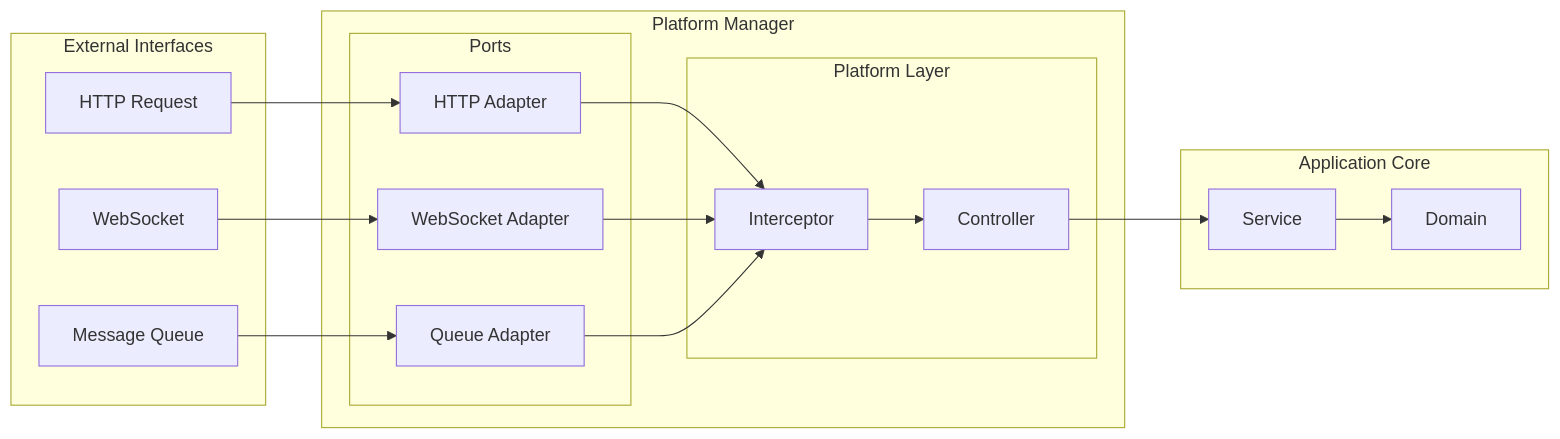
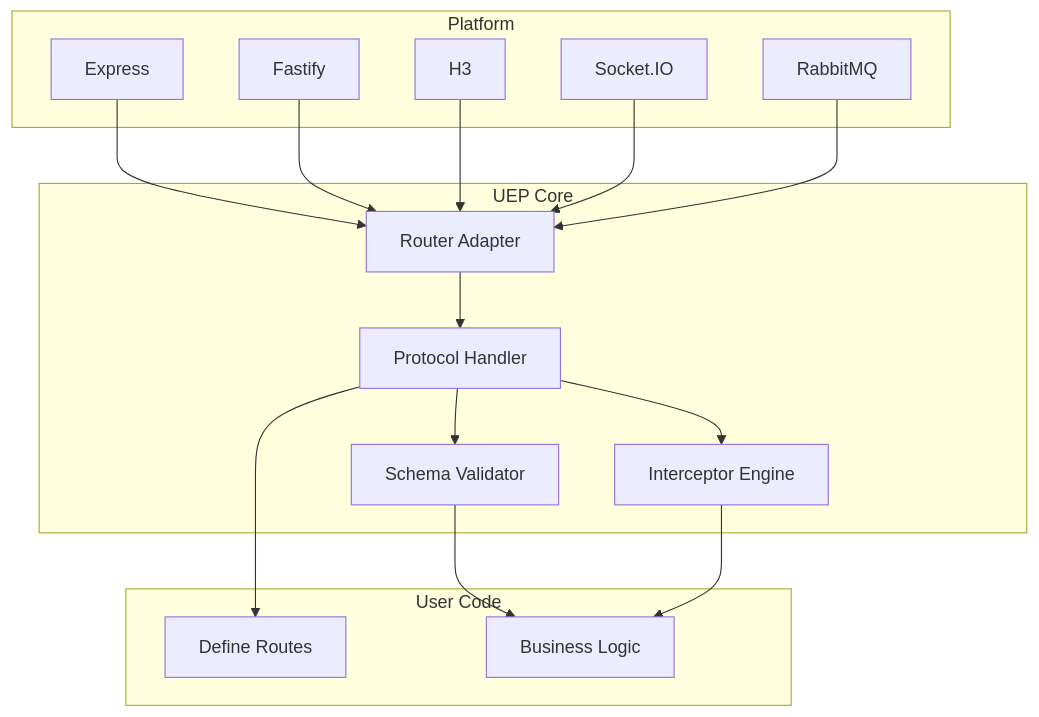
The diagram in README.md (albasyir/hexagonal-platform-manager), drawn with Mermaid before and after one commit. The commit also changed other lines of this file and 39 other files, not shown here.

````diff
--- a/README.md
+++ b/README.md
@@ -31,43 +51,36 @@
 ```mermaid
-graph LR
-    subgraph "External Interfaces"
-        HTTP[HTTP Request]
-        WS[WebSocket]
-        MQ[Message Queue]
-    end
+flowchart TD
+  subgraph Platform
+    A1[Express]
+    A2[Fastify]
+    A3[H3]
+    A4[Socket.IO]
+    A5[RabbitMQ]
+  end
 
-    subgraph "Platform Manager"
-        subgraph "Ports"
-            HTTPAdapter[HTTP Adapter]
-            WSAdapter[WebSocket Adapter]
-            MQAdapter[Queue Adapter]
-        end
+  subgraph UEP Core
+    B1[Protocol Handler]
+    B2[Schema Validator]
+    B3[Interceptor Engine]
+    B4[Router Adapter]
+  end
 
-        subgraph "Platform Layer"
-            Interceptor[Interceptor]
-            Controller[Controller]
-        end
-    end
+  subgraph User Code
+    C1[Define Routes]
+    C2[Business Logic]
+  end
 
-    subgraph "Application Core"
-        Service[Service]
-        Domain[Domain]
-    end
+  A1 --> B4
+  A2 --> B4
+  A3 --> B4
+  A4 --> B4
+  A5 --> B4
 
-    %% External to Adapters
-    HTTP --> HTTPAdapter
-    WS --> WSAdapter
-    MQ --> MQAdapter
+  B4 --> B1
+  B1 --> B2
+  B1 --> B3
 
-    %% Adapters to Platform
-    HTTPAdapter --> Interceptor
-    WSAdapter --> Interceptor
-    MQAdapter --> Interceptor
-
-    %% Platform Layer Flow
-    Interceptor --> Controller
-
-    %% Platform to Application
-    Controller --> Service
-    Service --> Domain
+  B1 --> C1
+  B2 --> C2
+  B3 --> C2
 ```
````
